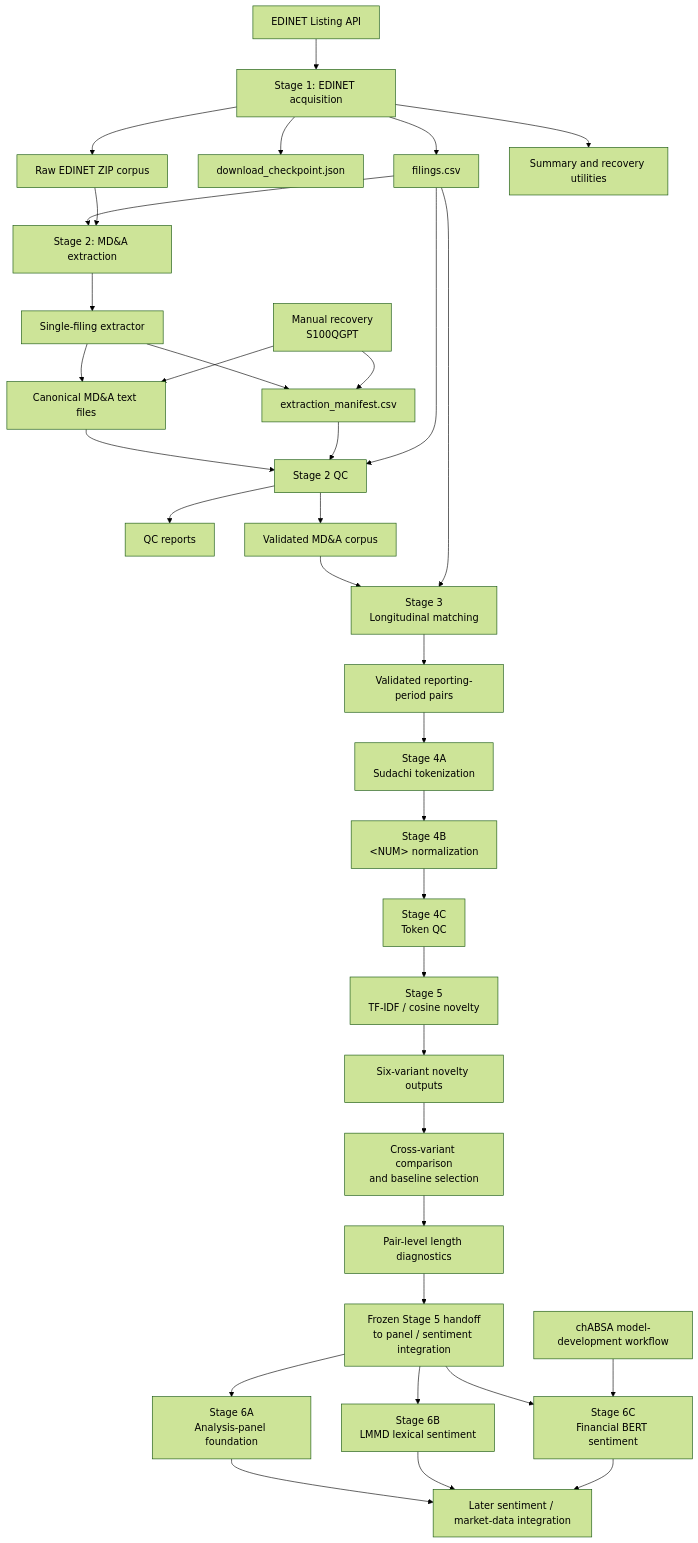
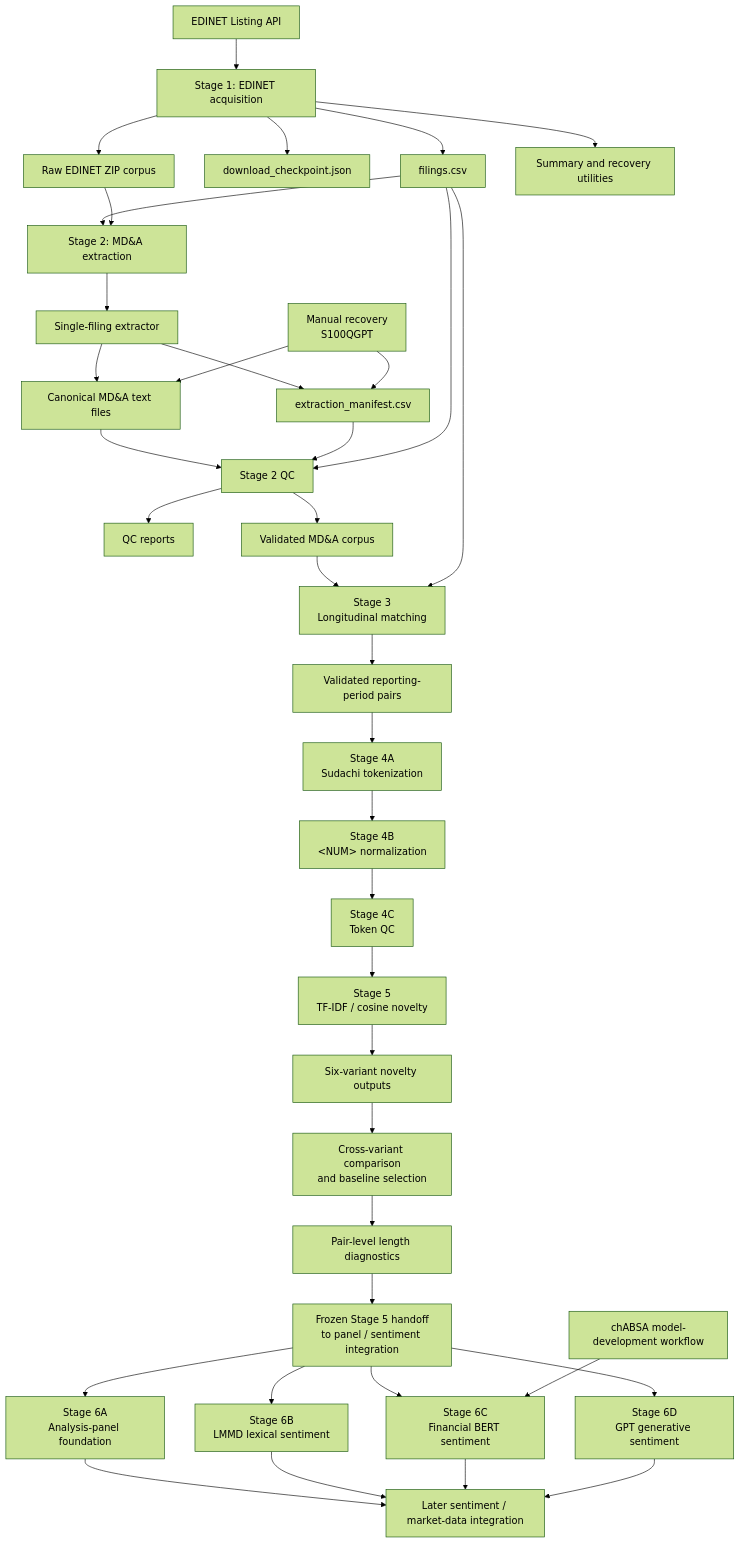
The first of 6 diagrams in docs/paper2/pipeline_overview.md (markblefevre/phd_research_pipeline), drawn with Mermaid (forest theme) before and after one commit. The commit also changed other lines of this file and 1 other file, not shown here.

````diff
--- a/docs/paper2/pipeline_overview.md
+++ b/docs/paper2/pipeline_overview.md
@@ -69,46 +72,48 @@
 ``` mermaid
 flowchart TD
 
     A[EDINET Listing API] --> B[Stage 1: EDINET acquisition]
 
     B --> C[filings.csv]
     B --> D[download_checkpoint.json]
     B --> E[Raw EDINET ZIP corpus]
     B --> F[Summary and recovery utilities]
 
     C --> G[Stage 2: MD&A extraction]
     E --> G
 
     G --> H[Single-filing extractor]
     H --> I[Canonical MD&A text files]
     H --> J[extraction_manifest.csv]
 
     I --> K[Stage 2 QC]
     J --> K
     C --> K
 
     K --> L[QC reports]
     K --> M[Validated MD&A corpus]
 
     N[Manual recovery<br/>S100QGPT] --> I
     N --> J
 
     M --> O[Stage 3<br/>Longitudinal matching]
     C --> O
     O --> P[Validated reporting-period pairs]
     P --> Q[Stage 4A<br/>Sudachi tokenization]
     Q --> R[Stage 4B<br/>&lt;NUM&gt; normalization]
     R --> S[Stage 4C<br/>Token QC]
     S --> T[Stage 5<br/>TF-IDF / cosine novelty]
     T --> U[Six-variant novelty outputs]
     U --> V[Cross-variant comparison<br/>and baseline selection]
     V --> W[Pair-level length diagnostics]
     W --> X[Frozen Stage 5 handoff<br/>to panel / sentiment integration]
     X --> Y[Stage 6A<br/>Analysis-panel foundation]
     X --> Z[Stage 6B<br/>LMMD lexical sentiment]
     X --> AA[Stage 6C<br/>Financial BERT sentiment]
     AB[chABSA model-development workflow] --> AA
+    X --> AD[Stage 6D<br/>GPT generative sentiment]
     Y --> AC[Later sentiment / market-data integration]
     Z --> AC
     AA --> AC
+    AD --> AC
 ```
````
